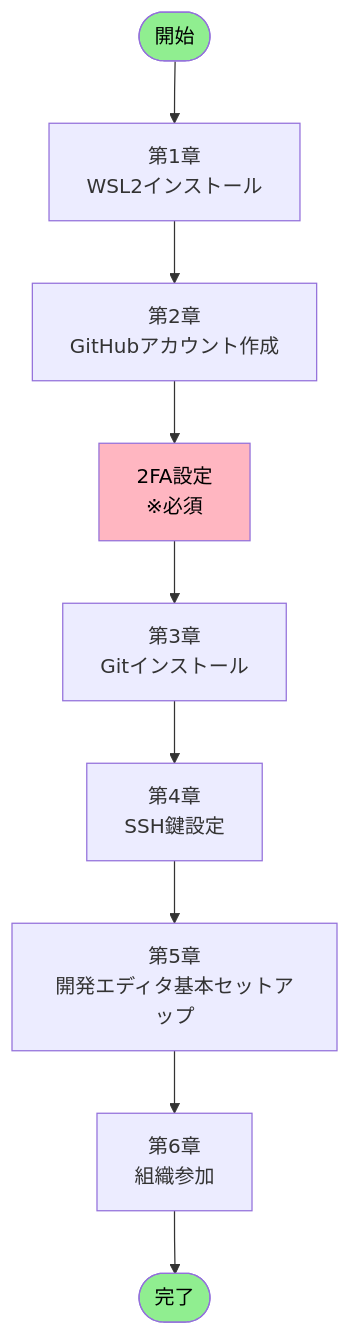
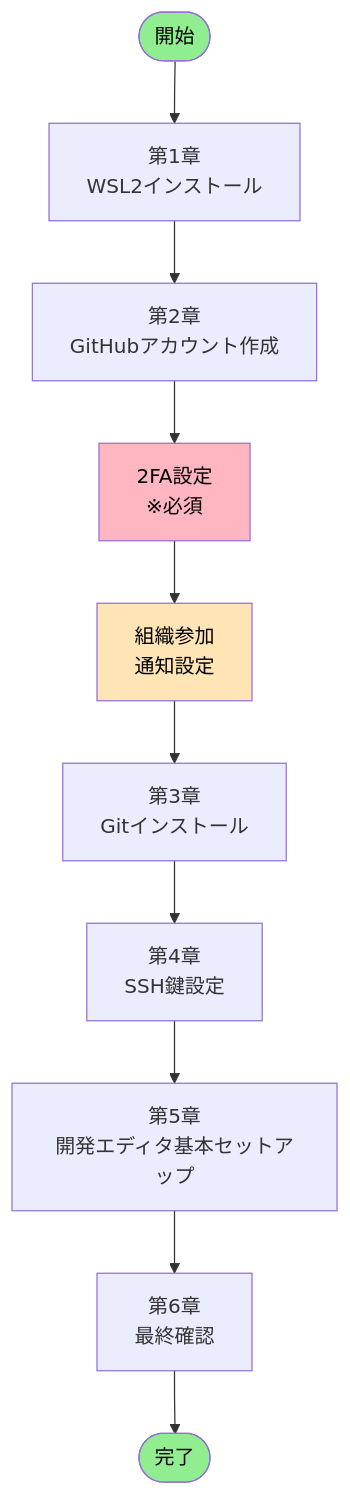
One commit to sas-com/github-guidelines changed the first of 4 diagrams in docs/onboarding/GITHUB_ENVIRONMENT_SETUP.md. Above: the diagram before and after it, drawn with Mermaid. The commit also changed other lines of this file, not shown here.

````diff
--- a/docs/onboarding/GITHUB_ENVIRONMENT_SETUP.md
+++ b/docs/onboarding/GITHUB_ENVIRONMENT_SETUP.md
@@ -89,15 +89,17 @@
 ```mermaid
 graph TB
     Start([開始]) --> WSL[第1章<br/>WSL2インストール]
     WSL --> GitHub[第2章<br/>GitHubアカウント作成]
     GitHub --> TwoFA[2FA設定<br/>※必須]
-    TwoFA --> Git[第3章<br/>Gitインストール]
+    TwoFA --> Org[組織参加<br/>通知設定]
+    Org --> Git[第3章<br/>Gitインストール]
     Git --> SSH[第4章<br/>SSH鍵設定]
     SSH --> Editor[第5章<br/>開発エディタ基本セットアップ]
-    Editor --> Org[第6章<br/>組織参加]
-    Org --> Complete([完了])
+    Editor --> Final[第6章<br/>最終確認]
+    Final --> Complete([完了])
 
     style Start fill:#90EE90,color:#000
     style Complete fill:#90EE90,color:#000
     style TwoFA fill:#FFB6C1,color:#000
+    style Org fill:#FFE4B5,color:#000
 ```
````
